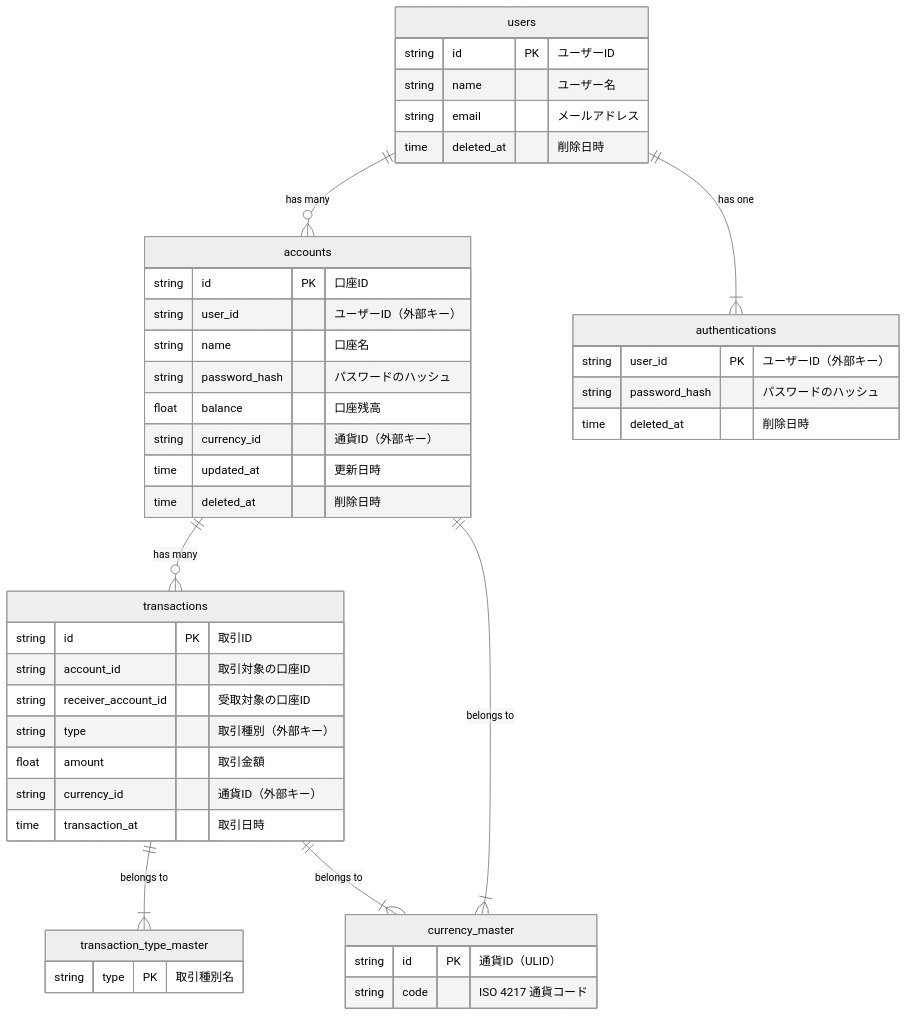
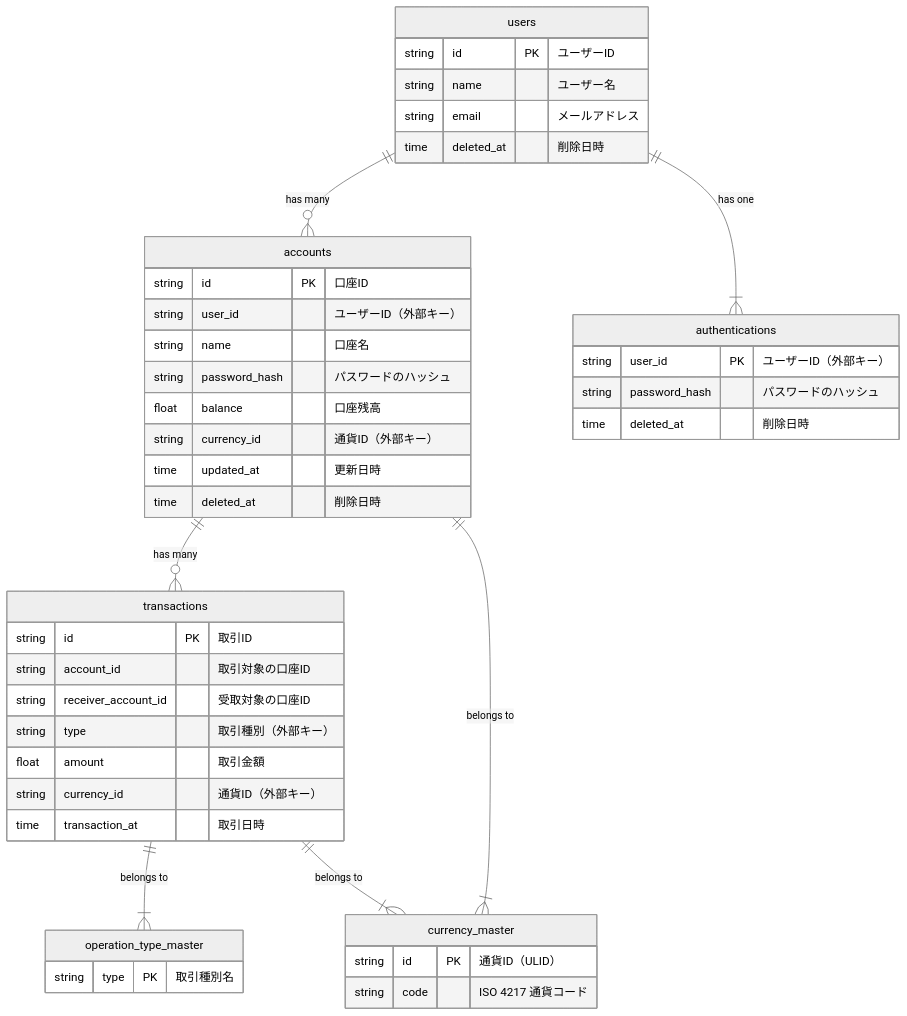
One commit to u104rak1/pocgo changed the diagram in internal/infrastructure/postgres/er_diagram.md. Above: the diagram before and after it, drawn with Mermaid (neutral theme). The commit also changed 18 other files, not shown here.

````diff
--- a/internal/infrastructure/postgres/er_diagram.md
+++ b/internal/infrastructure/postgres/er_diagram.md
@@ -1,47 +1,47 @@
 ```mermaid
 erDiagram
     users {
         string id PK "ユーザーID"
         string name "ユーザー名"
         string email "メールアドレス"
         time deleted_at "削除日時"
     }
     authentications {
         string user_id PK "ユーザーID（外部キー）"
         string password_hash "パスワードのハッシュ"
         time deleted_at "削除日時"
     }
     accounts {
         string id PK "口座ID"
         string user_id "ユーザーID（外部キー）"
         string name "口座名"
         string password_hash "パスワードのハッシュ"
         float balance "口座残高"
         string currency_id "通貨ID（外部キー）"
         time updated_at "更新日時"
         time deleted_at "削除日時"
     }
     transactions {
         string id PK "取引ID"
         string account_id "取引対象の口座ID"
         string receiver_account_id "受取対象の口座ID"
         string type "取引種別（外部キー）"
         float amount "取引金額"
         string currency_id "通貨ID（外部キー）"
         time transaction_at "取引日時"
     }
     currency_master {
         string id PK "通貨ID（ULID）"
         string code "ISO 4217 通貨コード"
     }
-    transaction_type_master {
+    operation_type_master {
         string type PK "取引種別名"
     }
 
     users ||--o{ accounts : "has many"
     users ||--|{ authentications : "has one"
     accounts ||--o{ transactions : "has many"
     accounts ||--|{ currency_master : "belongs to"
-    transactions ||--|{ transaction_type_master : "belongs to"
+    transactions ||--|{ operation_type_master : "belongs to"
     transactions ||--|{ currency_master : "belongs to"
 ```
````
